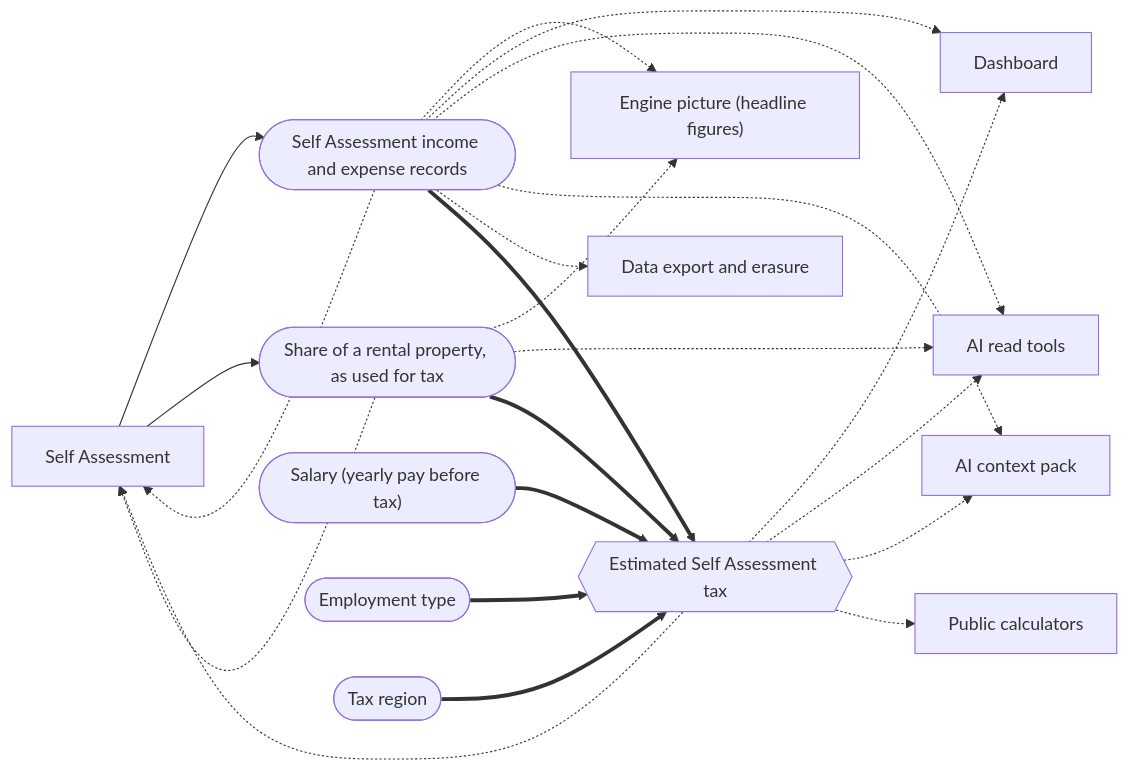
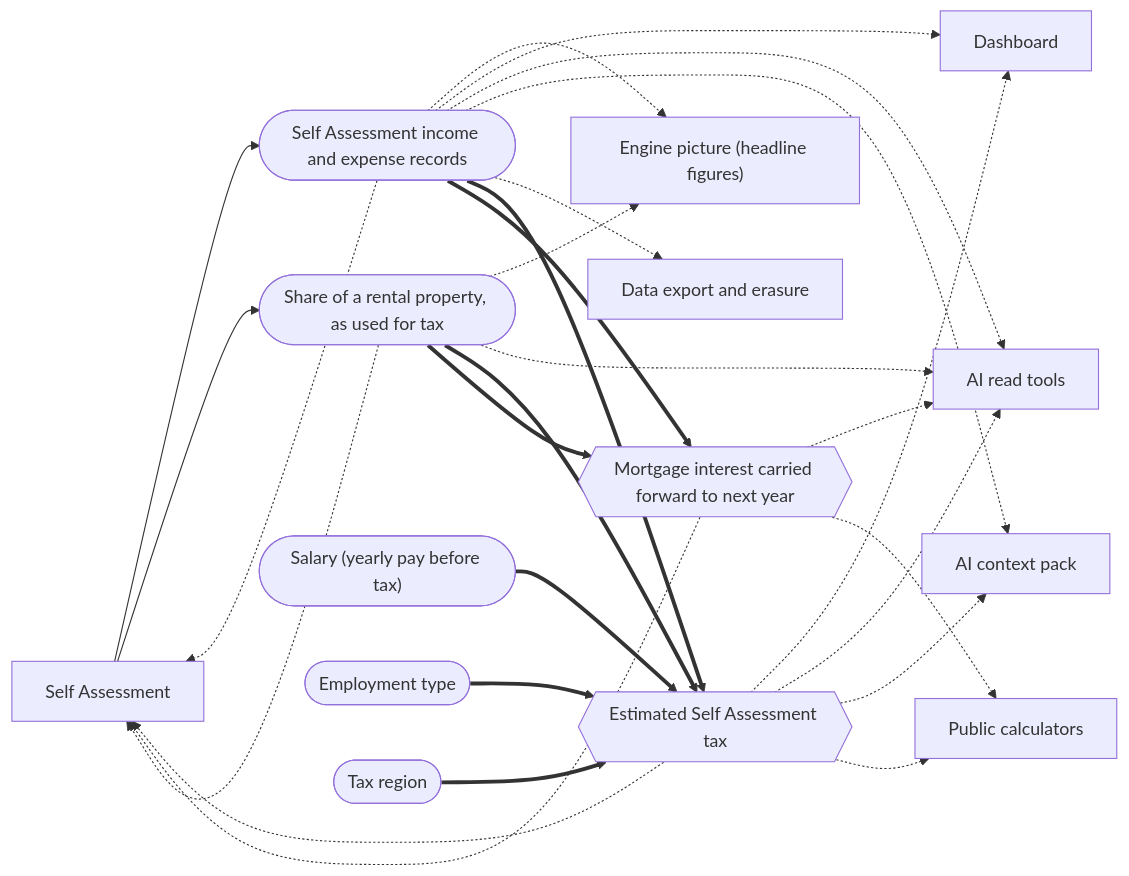
One commit to mgallagher56/flump changed the sixth of 7 diagrams in docs/system/generated/connections.md. Above: the diagram before and after it, drawn with Mermaid. The commit also changed 15 other files, not shown here.

First line of the commit message:
feat(tax): finance costs brought forward as a rental tax record

````diff
--- a/docs/system/generated/connections.md
+++ b/docs/system/generated/connections.md
@@ -473,37 +473,43 @@
 ```mermaid
 flowchart LR
   s_dashboard["Dashboard"]
   s_self_assessment["Self Assessment"]
   s_picture["Engine picture (headline figures)"]
   s_mcp_read["AI read tools"]
   s_context_pack["AI context pack"]
   s_public_tools["Public calculators"]
   s_export["Data export and erasure"]
   f_tax_records(["Self Assessment income and expense records"])
   s_self_assessment --> f_tax_records
   f_tax_records -.-> s_self_assessment
   f_tax_records -.-> s_picture
   f_tax_records -.-> s_dashboard
   f_tax_records -.-> s_mcp_read
   f_tax_records -.-> s_context_pack
   f_tax_records -.-> s_export
   f_rental_share_for_tax(["Share of a rental property, as used for tax"])
   s_self_assessment --> f_rental_share_for_tax
   f_rental_share_for_tax -.-> s_self_assessment
   f_rental_share_for_tax -.-> s_picture
   f_rental_share_for_tax -.-> s_mcp_read
   g_estimated_tax{{"Estimated Self Assessment tax"}}
   f_tax_records ==> g_estimated_tax
   f_salary(["Salary (yearly pay before tax)"])
   f_salary ==> g_estimated_tax
   f_employment_type(["Employment type"])
   f_employment_type ==> g_estimated_tax
   f_tax_region(["Tax region"])
   f_tax_region ==> g_estimated_tax
   f_rental_share_for_tax ==> g_estimated_tax
   g_estimated_tax -.-> s_dashboard
   g_estimated_tax -.-> s_self_assessment
   g_estimated_tax -.-> s_mcp_read
   g_estimated_tax -.-> s_context_pack
   g_estimated_tax -.-> s_public_tools
+  g_finance_costs_carried_forward{{"Mortgage interest carried forward to next year"}}
+  f_tax_records ==> g_finance_costs_carried_forward
+  f_rental_share_for_tax ==> g_finance_costs_carried_forward
+  g_finance_costs_carried_forward -.-> s_self_assessment
+  g_finance_costs_carried_forward -.-> s_mcp_read
+  g_finance_costs_carried_forward -.-> s_public_tools
 ```
````
